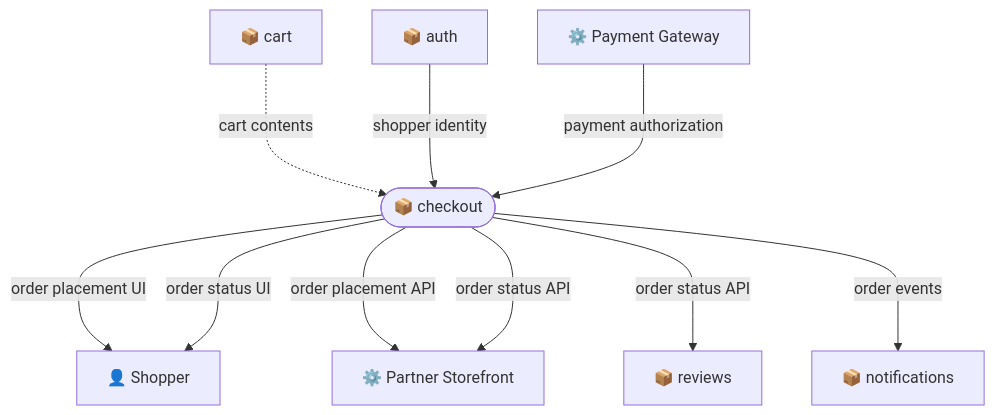
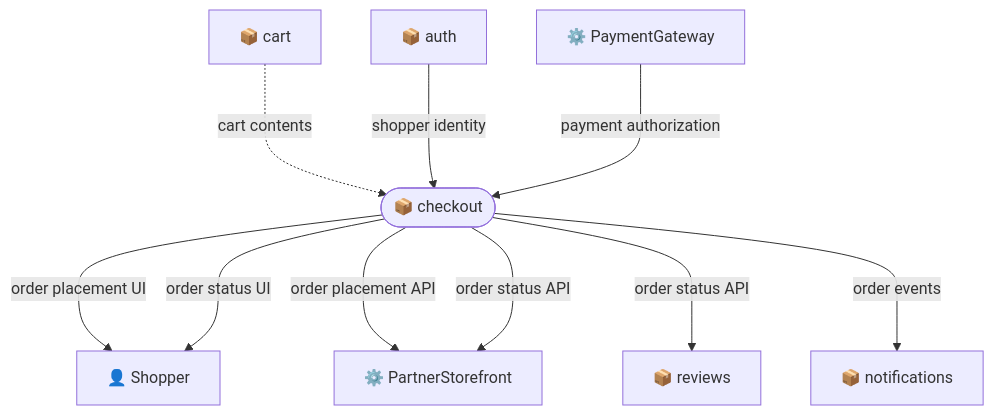
One commit to untillpro/uspecs changed the first of 4 diagrams in .claude/skills/uspecs-domains/example-context.md. Above: the diagram before and after it, drawn with Mermaid. The commit also changed other lines of this file and 10 other files, not shown here.

````diff
--- a/.claude/skills/uspecs-domains/example-context.md
+++ b/.claude/skills/uspecs-domains/example-context.md
@@ -31,20 +31,20 @@
 ```mermaid
 graph TD
   checkout(["📦 checkout"])
   cart["📦 cart"]
   auth["📦 auth"]
   notifications["📦 notifications"]
   reviews["📦 reviews"]
   Shopper["👤 Shopper"]
-  PartnerStorefront["⚙️ Partner Storefront"]
-  PaymentGateway["⚙️ Payment Gateway"]
+  PartnerStorefront["⚙️ PartnerStorefront"]
+  PaymentGateway["⚙️ PaymentGateway"]
   cart -..->|"cart contents"| checkout
   auth --->|"shopper identity"| checkout
   PaymentGateway --->|"payment authorization"| checkout
   checkout --->|"order placement UI"| Shopper
   checkout --->|"order placement API"| PartnerStorefront
   checkout --->|"order status UI"| Shopper
   checkout --->|"order status API"| PartnerStorefront
   checkout --->|"order status API"| reviews
   checkout --->|"order events"| notifications
 ```
````
